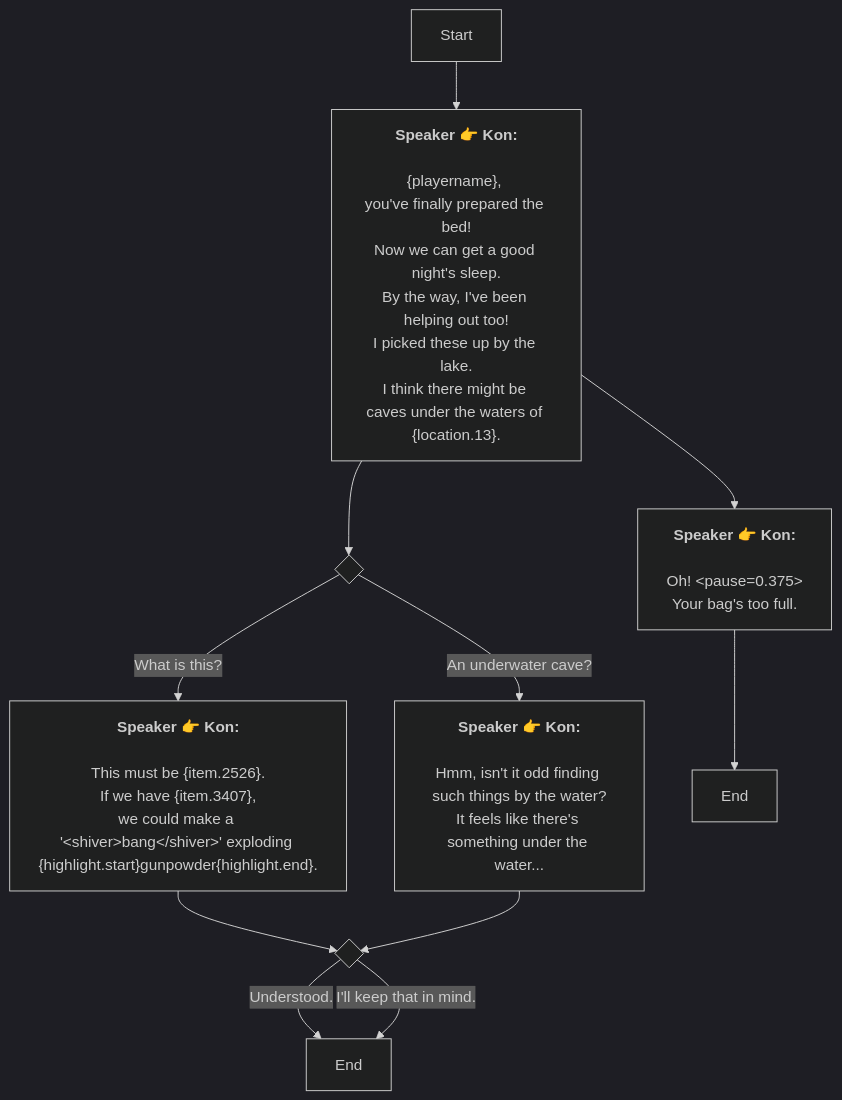
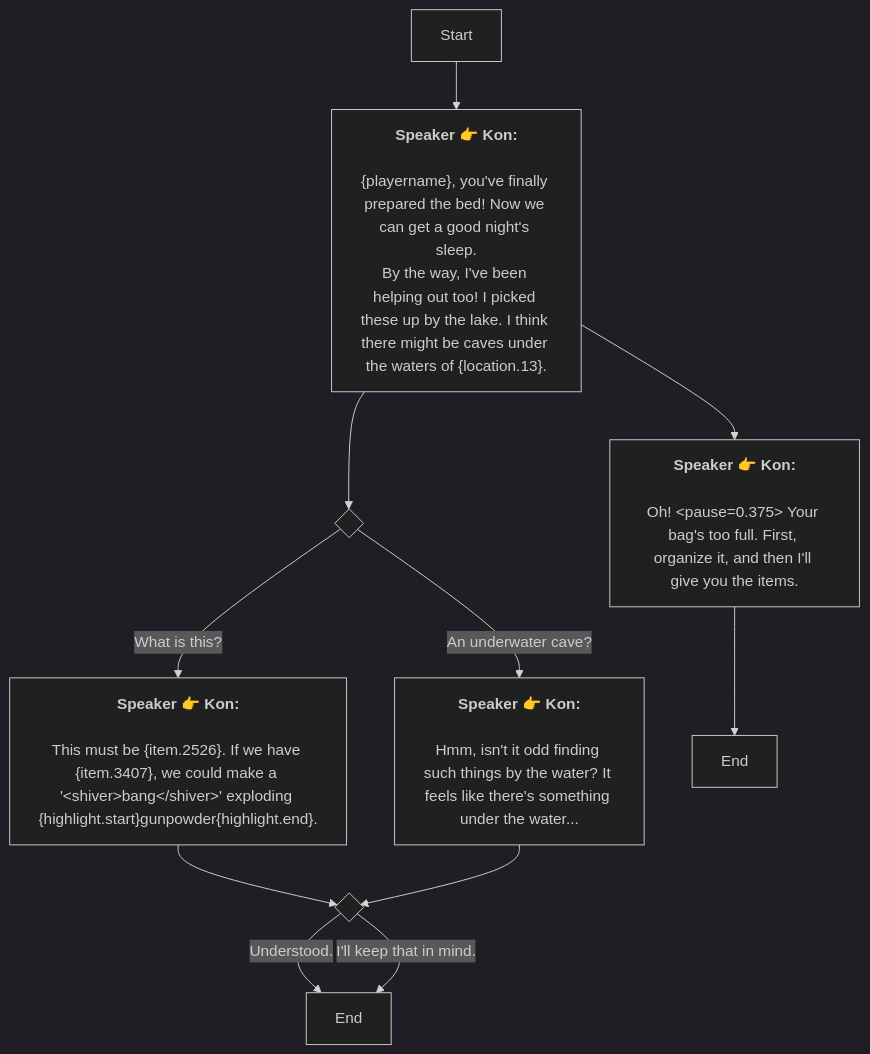
The diagram in En/QuestTalkObjectiveNode_1739167235783881.md (SoftHu/tos_avg), drawn with Mermaid (dark theme) before and after one commit. The commit also changed 199 other files, not shown here.

````diff
--- a/En/QuestTalkObjectiveNode_1739167235783881.md
+++ b/En/QuestTalkObjectiveNode_1739167235783881.md
@@ -1,31 +1,23 @@
 ```mermaid
 graph
 Start -->1739167465258188[<b>Speaker 👉 Kon:</b>
 
-&lbrace;playername&rbrace;, 
-you've finally prepared the bed!
-Now we can get a good night's sleep.
-By the way, I've been helping out too!
-I picked these up by the lake.
-I think there might be caves under the waters of &lbrace;location.13&rbrace;.]
+&lbrace;playername&rbrace;, you've finally prepared the bed! Now we can get a good night's sleep.
+By the way, I've been helping out too! I picked these up by the lake. I think there might be caves under the waters of &lbrace;location.13&rbrace;.]
 1739167465258188 -->1739167754644685{ }
 1739167465258188 -->1739167865699535[<b>Speaker 👉 Kon:</b>
 
-Oh! &lt;pause=0.375&gt;
-Your bag's too full.]
+Oh! &lt;pause=0.375&gt; Your bag's too full. First, organize it, and then I'll give you the items.]
 1739167754644685 -->|What is this?|1739168567942358[<b>Speaker 👉 Kon:</b>
 
-This must be &lbrace;item.2526&rbrace;.
-If we have &lbrace;item.3407&rbrace;,
-we could make a '&lt;shiver&gt;bang&lt;/shiver&gt;' exploding &lbrace;highlight.start&rbrace;gunpowder&lbrace;highlight.end&rbrace;.]
+This must be &lbrace;item.2526&rbrace;. If we have &lbrace;item.3407&rbrace;, we could make a '&lt;shiver&gt;bang&lt;/shiver&gt;' exploding &lbrace;highlight.start&rbrace;gunpowder&lbrace;highlight.end&rbrace;.]
 1739167754644685 -->|An underwater cave?|1739168606731479[<b>Speaker 👉 Kon:</b>
 
-Hmm, isn't it odd finding such things by the water?
-It feels like there's something under the water...]
+Hmm, isn't it odd finding such things by the water? It feels like there's something under the water...]
 1739168567942358 -->1739168657315032{ }
 1739168657315032 -->|Understood.|1739167901405393[End]
 1739168657315032 -->|I'll keep that in mind.|1739167901405393[End]
 1739168606731479 -->1739168657315032{ }
 1739167865699535 -->1739167896556752[End]
 
  ```
````
